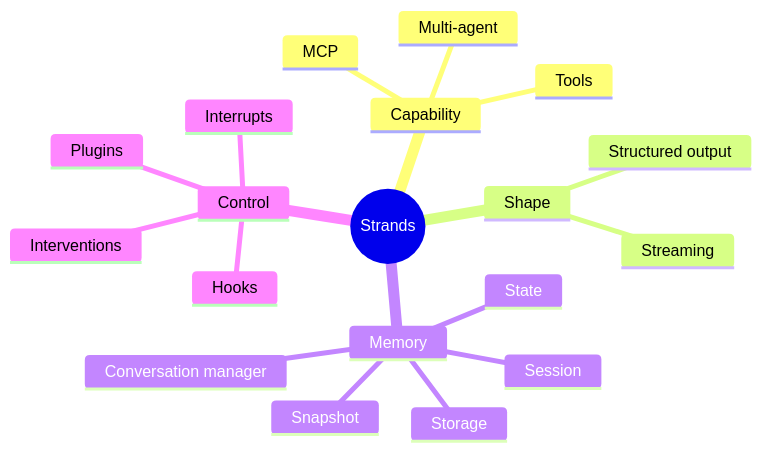
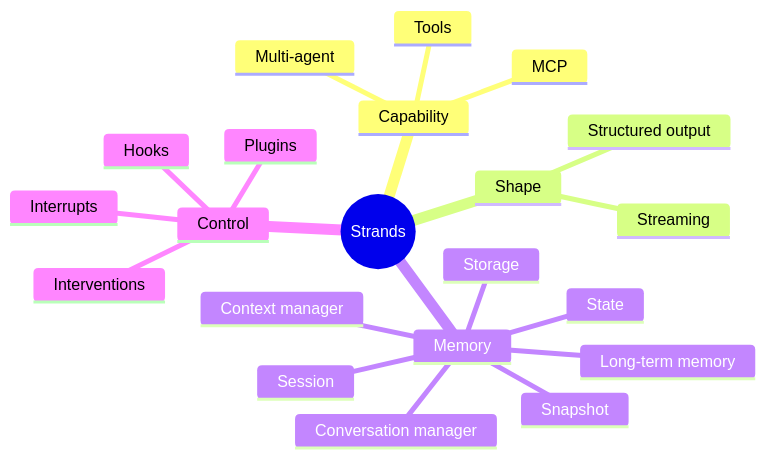
Before and after one commit to naya-tech-team/n-tutor: the fourth of 4 diagrams in strands-ai/README.md, drawn with Mermaid. The commit also changed other lines of this file and 62 other files, not shown here.

````diff
--- a/strands-ai/README.md
+++ b/strands-ai/README.md
@@ -197,22 +202,24 @@
 ```mermaid
 mindmap
   root(("Strands"))
     Capability
       Tools
       MCP
       Multi-agent
     Shape
       Structured output
       Streaming
     Memory
       State
       Conversation manager
+      Context manager
       Session
       Storage
       Snapshot
+      Long-term memory
     Control
       Hooks
       Interrupts
       Plugins
       Interventions
 ```
````
